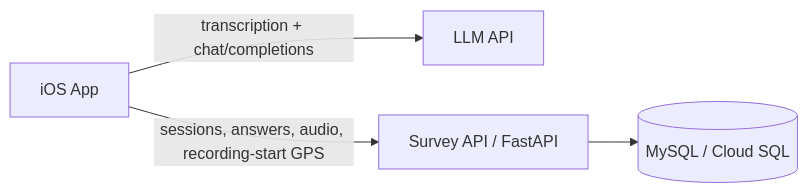
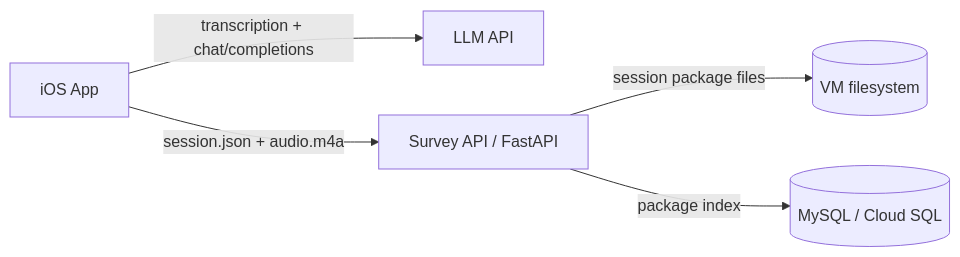
The diagram in README.md (shkim001/ios-voice-llm-survey), drawn with Mermaid before and after one commit. The commit also changed other lines of this file and 5 other files, not shown here.

````diff
--- a/README.md
+++ b/README.md
@@ -7,11 +7,12 @@
 ```mermaid
 flowchart LR
   iOS[iOS App]
   LLM[LLM API]
   API[Survey API / FastAPI]
   DB[(MySQL / Cloud SQL)]
 
   iOS -->|transcription + chat/completions| LLM
-  iOS -->|sessions, answers, audio, recording-start GPS| API
-  API --> DB
+  iOS -->|session.json + audio.m4a| API
+  API -->|session package files| Files[(VM filesystem)]
+  API -->|package index| DB
 ```
````
